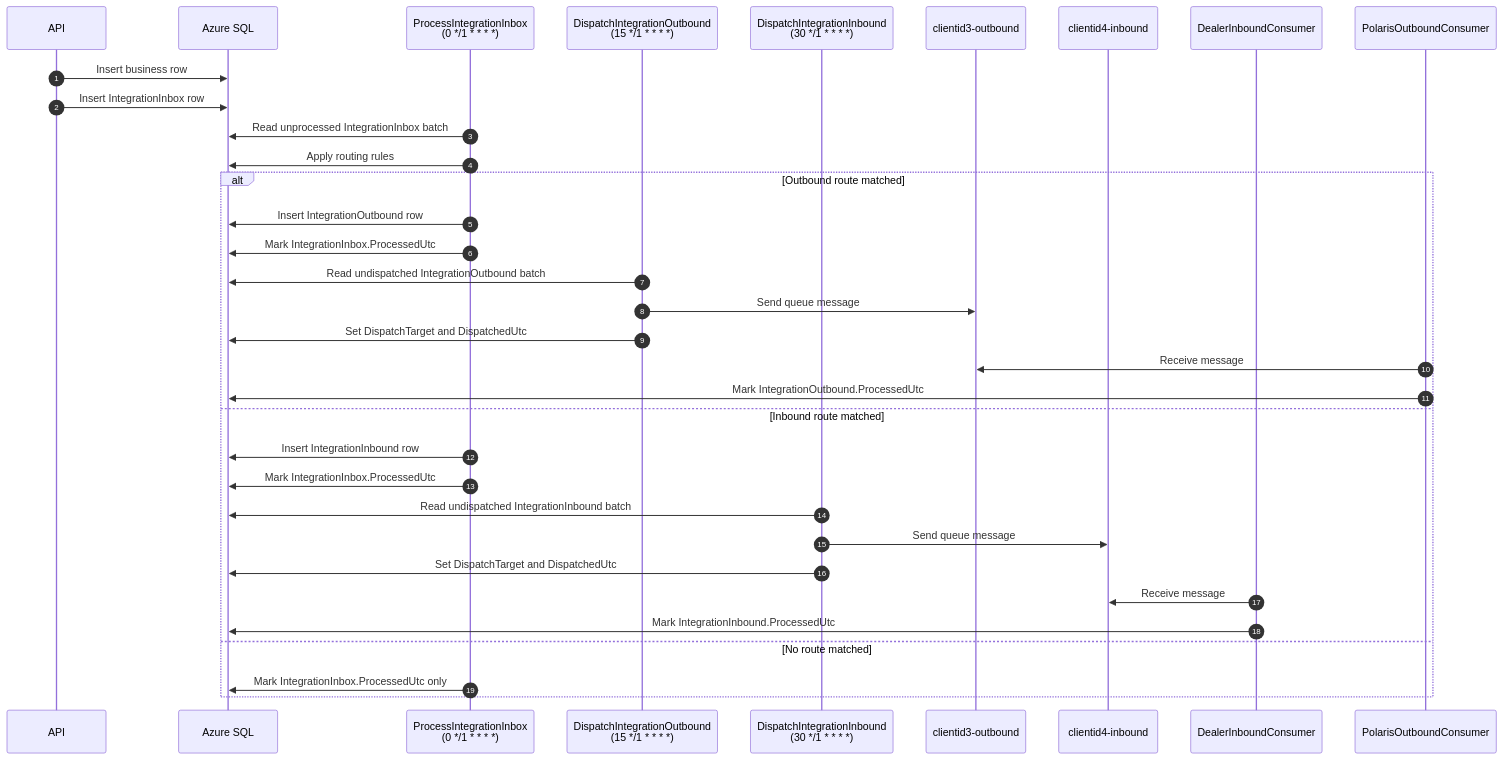
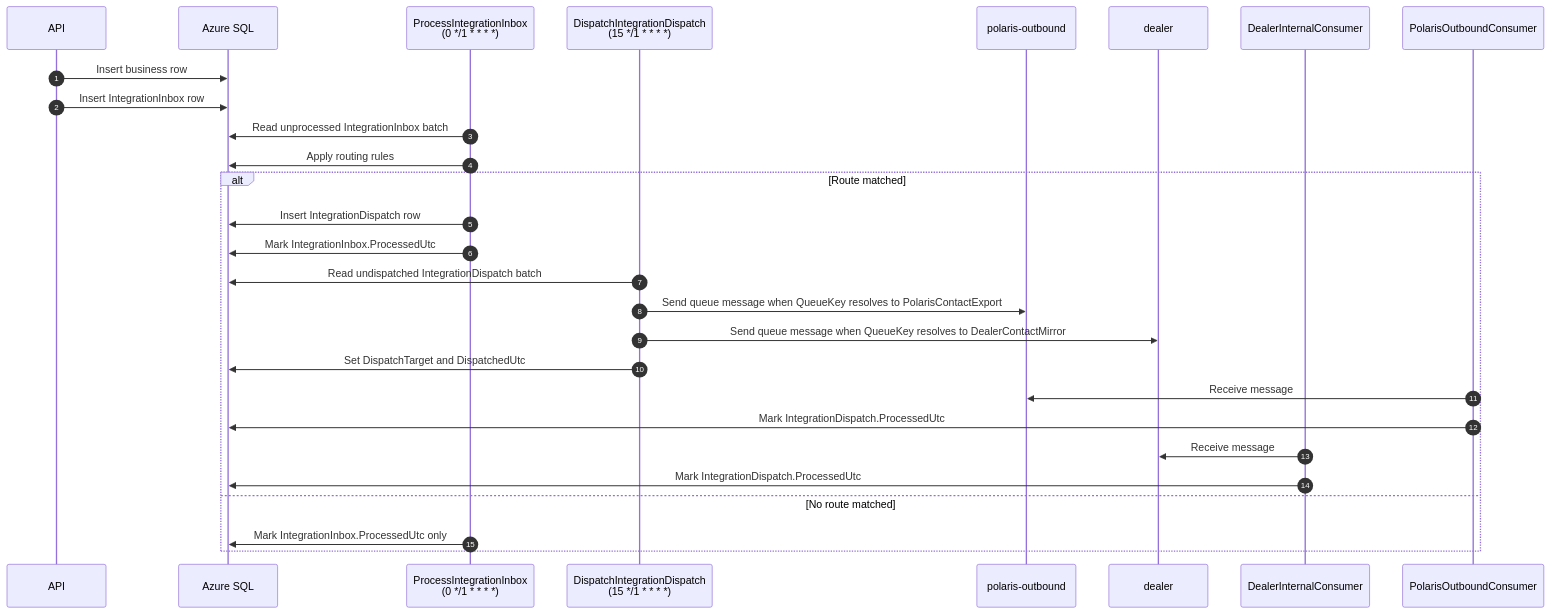
The second of 3 diagrams in MESSAGE_FLOW.md (timmetcalfe/KulaHubIssues), drawn with Mermaid before and after one commit. The commit also changed other lines of this file and 29 other files, not shown here.

````diff
--- a/MESSAGE_FLOW.md
+++ b/MESSAGE_FLOW.md
@@ -58,38 +48,32 @@
 ```mermaid
 sequenceDiagram
     autonumber
     participant API as API
     participant DB as Azure SQL
     participant InboxFn as ProcessIntegrationInbox<br/>(0 */1 * * * *)
-    participant OutFn as DispatchIntegrationOutbound<br/>(15 */1 * * * *)
-    participant InFn as DispatchIntegrationInbound<br/>(30 */1 * * * *)
-    participant SBOut as clientid3-outbound
-    participant SBIn as clientid4-inbound
-    participant Dealer as DealerInboundConsumer
+    participant DispatchFn as DispatchIntegrationDispatch<br/>(15 */1 * * * *)
+    participant SBOut as polaris-outbound
+    participant SBIn as dealer
+    participant Dealer as DealerInternalConsumer
     participant Polaris as PolarisOutboundConsumer
 
     API->>DB: Insert business row
     API->>DB: Insert IntegrationInbox row
 
     InboxFn->>DB: Read unprocessed IntegrationInbox batch
     InboxFn->>DB: Apply routing rules
-    alt Outbound route matched
-        InboxFn->>DB: Insert IntegrationOutbound row
+    alt Route matched
+        InboxFn->>DB: Insert IntegrationDispatch row
         InboxFn->>DB: Mark IntegrationInbox.ProcessedUtc
-        OutFn->>DB: Read undispatched IntegrationOutbound batch
-        OutFn->>SBOut: Send queue message
-        OutFn->>DB: Set DispatchTarget and DispatchedUtc
+        DispatchFn->>DB: Read undispatched IntegrationDispatch batch
+        DispatchFn->>SBOut: Send queue message when QueueKey resolves to PolarisContactExport
+        DispatchFn->>SBIn: Send queue message when QueueKey resolves to DealerContactMirror
+        DispatchFn->>DB: Set DispatchTarget and DispatchedUtc
         Polaris->>SBOut: Receive message
-        Polaris->>DB: Mark IntegrationOutbound.ProcessedUtc
-    else Inbound route matched
-        InboxFn->>DB: Insert IntegrationInbound row
-        InboxFn->>DB: Mark IntegrationInbox.ProcessedUtc
-        InFn->>DB: Read undispatched IntegrationInbound batch
-        InFn->>SBIn: Send queue message
-        InFn->>DB: Set DispatchTarget and DispatchedUtc
+        Polaris->>DB: Mark IntegrationDispatch.ProcessedUtc
         Dealer->>SBIn: Receive message
-        Dealer->>DB: Mark IntegrationInbound.ProcessedUtc
+        Dealer->>DB: Mark IntegrationDispatch.ProcessedUtc
     else No route matched
         InboxFn->>DB: Mark IntegrationInbox.ProcessedUtc only
     end
 ```
````
